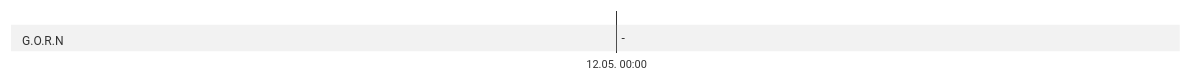
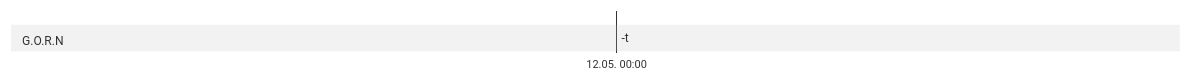
Before and after one commit to LorenJaffrey/DnD_PFT: diagram 19 of 20 in Kampagne/Timeline Kampagne 2.md, drawn with Mermaid (neutral theme). The commit also changed other lines of this file and 2 other files, not shown here.

Commit message:
Timeline aktualisiert

````diff
--- a/Kampagne/Timeline Kampagne 2.md
+++ b/Kampagne/Timeline Kampagne 2.md
@@ -332,9 +331,9 @@
 ```mermaid
 gantt
 	dateFormat HH:mm
 	axisFormat %e.%m. %H:%M
 	tickinterval 1hour
 	weekday monday
 	section G.O.R.N
-		-: a1, 2024-05-12 00:00, 
+		-t: a1, 2024-05-12 00:00, 
 ```
````
